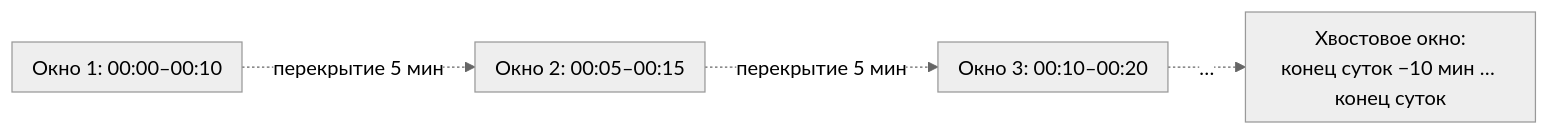
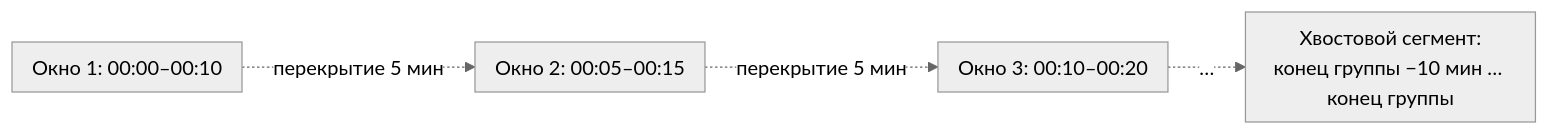
The fifth of 11 diagrams in docs/doc-technical.md (ruhose73/FastEQT), drawn with Mermaid (neutral theme) before and after one commit. The commit also changed other lines of this file, not shown here.

````diff
--- a/docs/doc-technical.md
+++ b/docs/doc-technical.md
@@ -215,14 +340,14 @@
 ```mermaid
 flowchart LR
     subgraph W1["Окно 1: 00:00–00:10"]
     end
     subgraph W2["Окно 2: 00:05–00:15"]
     end
     subgraph W3["Окно 3: 00:10–00:20"]
     end
-    subgraph W4["Хвостовое окно:<br/>конец суток −10 мин … конец суток"]
+    subgraph W4["Хвостовой сегмент:<br/>конец группы −10 мин … конец группы"]
     end
     W1 -. "перекрытие 5 мин" .-> W2
     W2 -. "перекрытие 5 мин" .-> W3
     W3 -. "…" .-> W4
 ```
````
